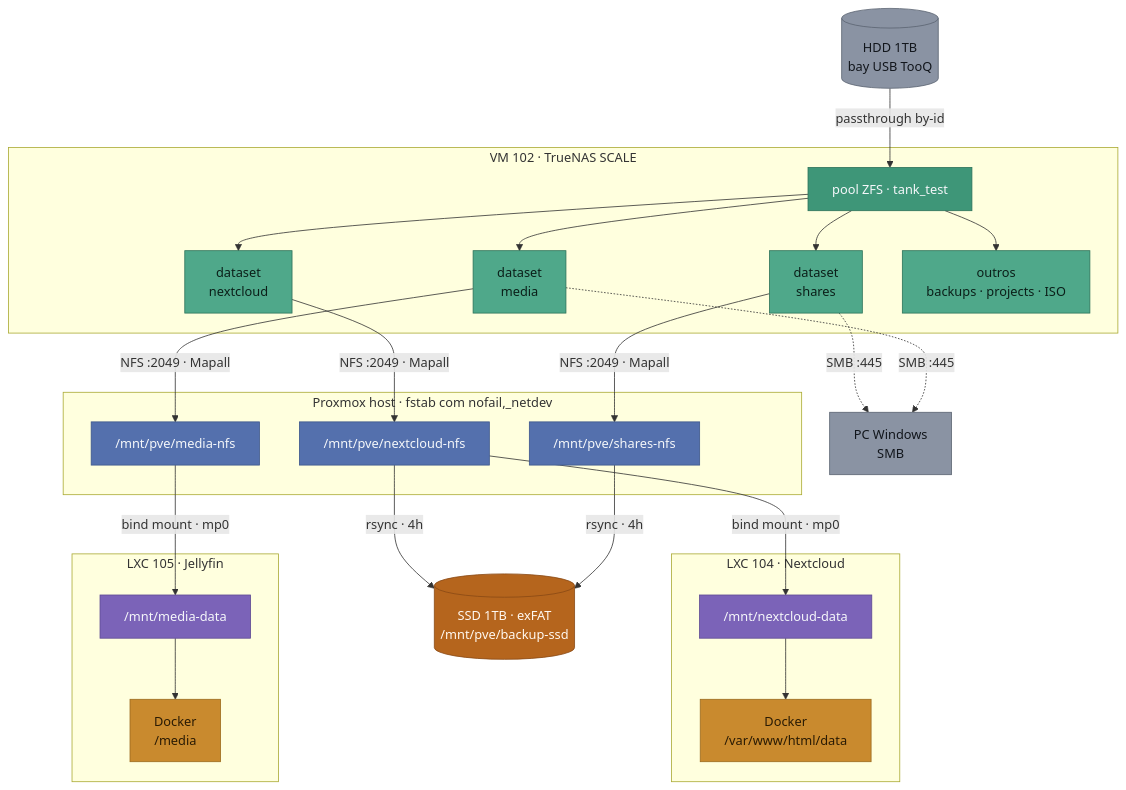
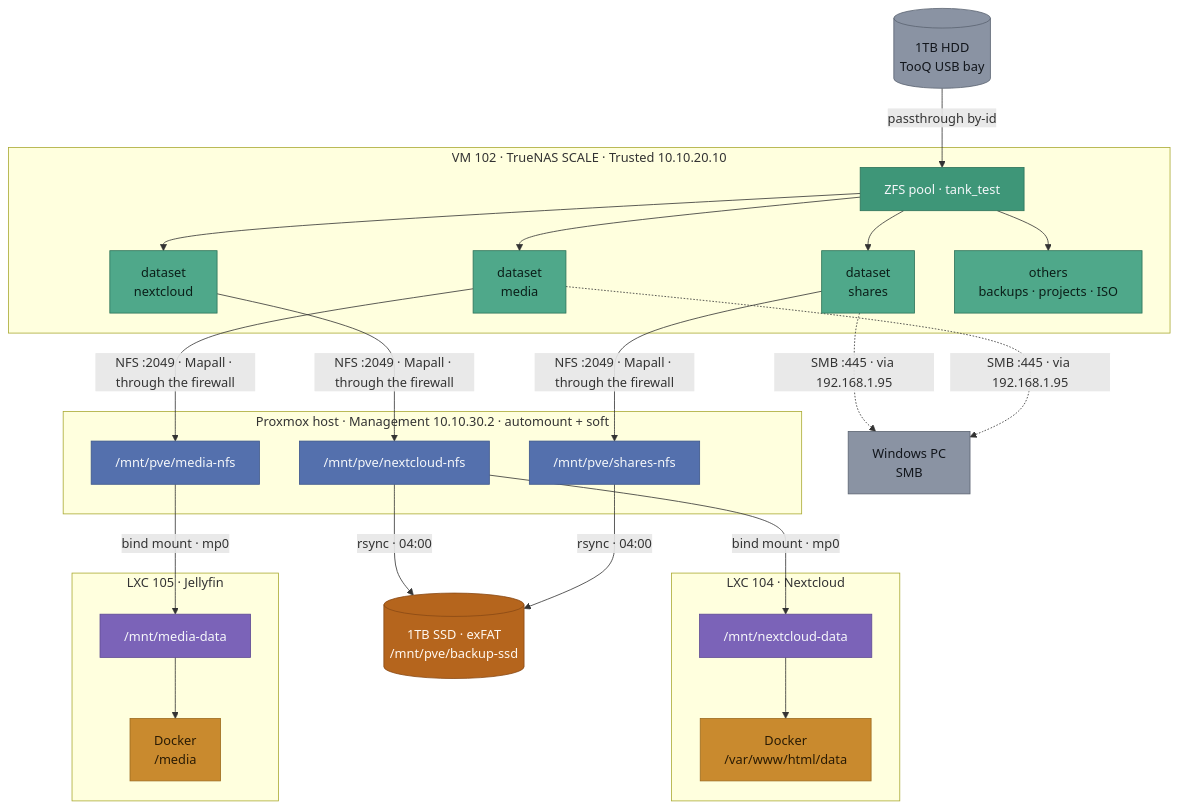
Before and after one commit to RuiGRMargarido/homelab: the first of 2 diagrams in docs/STORAGE.md, drawn with Mermaid. The commit also changed other lines of this file, not shown here.

````diff
--- a/docs/STORAGE.md
+++ b/docs/STORAGE.md
@@ -9,60 +9,60 @@
 ```mermaid
 flowchart TB
-    HDD[("HDD 1TB<br/>bay USB TooQ")]:::disco
+    HDD[("1TB HDD<br/>TooQ USB bay")]:::disco
 
-    subgraph TNVM["VM 102 · TrueNAS SCALE"]
-        POOL["pool ZFS · tank_test"]:::pool
+    subgraph TNVM["VM 102 · TrueNAS SCALE · Trusted 10.10.20.10"]
+        POOL["ZFS pool · tank_test"]:::pool
         DSN["dataset<br/>nextcloud"]:::ds
         DSM["dataset<br/>media"]:::ds
         DSS["dataset<br/>shares"]:::ds
-        DSO["outros<br/>backups · projects · ISO"]:::ds
+        DSO["others<br/>backups · projects · ISO"]:::ds
     end
 
     HDD -- "passthrough by-id" --> POOL
     POOL --> DSN
     POOL --> DSM
     POOL --> DSS
     POOL --> DSO
 
-    subgraph PVEH["Proxmox host · fstab com nofail,_netdev"]
+    subgraph PVEH["Proxmox host · Management 10.10.30.2 · automount + soft"]
         MN["/mnt/pve/nextcloud-nfs"]:::mount
         MM["/mnt/pve/media-nfs"]:::mount
         MS["/mnt/pve/shares-nfs"]:::mount
     end
 
-    DSN -- "NFS :2049 · Mapall" --> MN
-    DSM -- "NFS :2049 · Mapall" --> MM
-    DSS -- "NFS :2049 · Mapall" --> MS
+    DSN -- "NFS :2049 · Mapall · through the firewall" --> MN
+    DSM -- "NFS :2049 · Mapall · through the firewall" --> MM
+    DSS -- "NFS :2049 · Mapall · through the firewall" --> MS
 
     subgraph L104["LXC 104 · Nextcloud"]
         NCD["/mnt/nextcloud-data"]:::lxc
         NCC["Docker<br/>/var/www/html/data"]:::docker
     end
 
     subgraph L105["LXC 105 · Jellyfin"]
         JFD["/mnt/media-data"]:::lxc
         JFC["Docker<br/>/media"]:::docker
     end
 
     MN -- "bind mount · mp0" --> NCD
     NCD --> NCC
     MM -- "bind mount · mp0" --> JFD
     JFD --> JFC
 
-    SSD[("SSD 1TB · exFAT<br/>/mnt/pve/backup-ssd")]:::backup
-    MN -- "rsync · 4h" --> SSD
-    MS -- "rsync · 4h" --> SSD
+    SSD[("1TB SSD · exFAT<br/>/mnt/pve/backup-ssd")]:::backup
+    MN -- "rsync · 04:00" --> SSD
+    MS -- "rsync · 04:00" --> SSD
 
-    SMB["PC Windows<br/>SMB"]:::neut
-    DSS -. "SMB :445" .-> SMB
-    DSM -. "SMB :445" .-> SMB
+    SMB["Windows PC<br/>SMB"]:::neut
+    DSS -. "SMB :445 · via 192.168.1.95" .-> SMB
+    DSM -. "SMB :445 · via 192.168.1.95" .-> SMB
 
     classDef disco fill:#8A93A3,stroke:#5B6472,color:#12161C
     classDef pool fill:#3E9678,stroke:#2C7259,color:#F5F7FA
     classDef ds fill:#4FA88A,stroke:#2C7259,color:#0B1F19
     classDef mount fill:#5470AD,stroke:#3C568C,color:#F5F7FA
     classDef lxc fill:#7B63B8,stroke:#5E4A93,color:#F5F7FA
     classDef docker fill:#C98A2E,stroke:#9C6B1F,color:#2A1B04
     classDef backup fill:#B5651D,stroke:#8A4A15,color:#FFF8F0
     classDef neut fill:#8A93A3,stroke:#5B6472,color:#12161C
 ```
````
